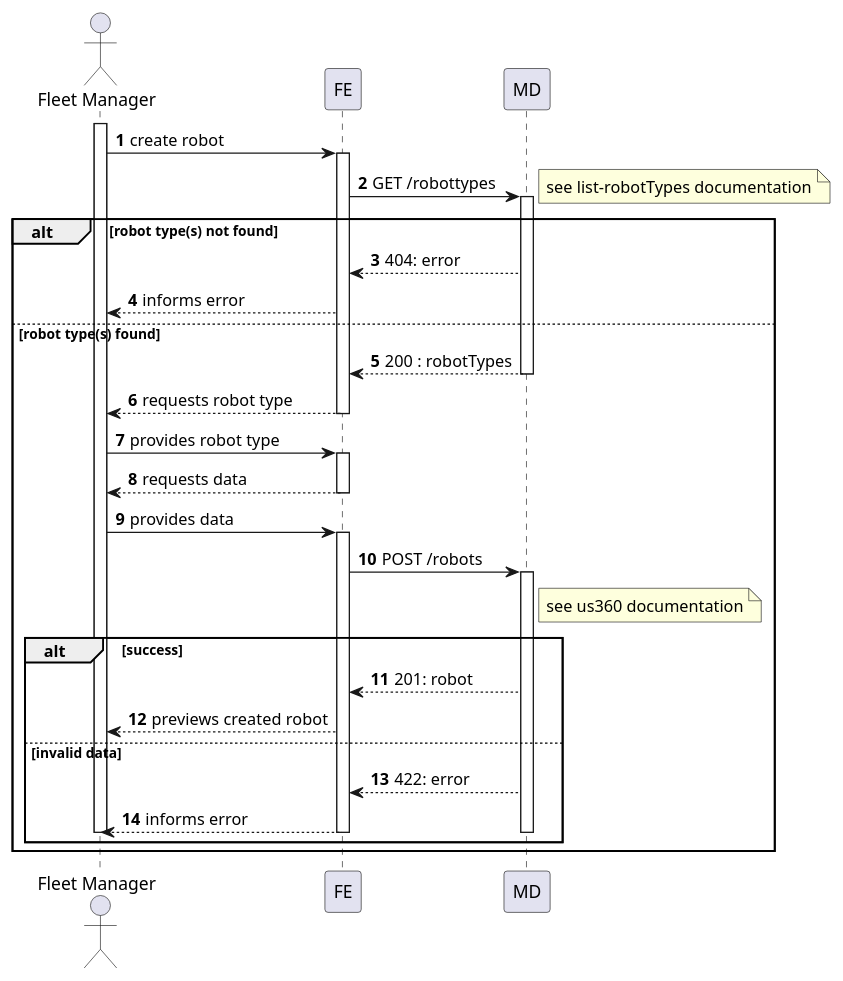
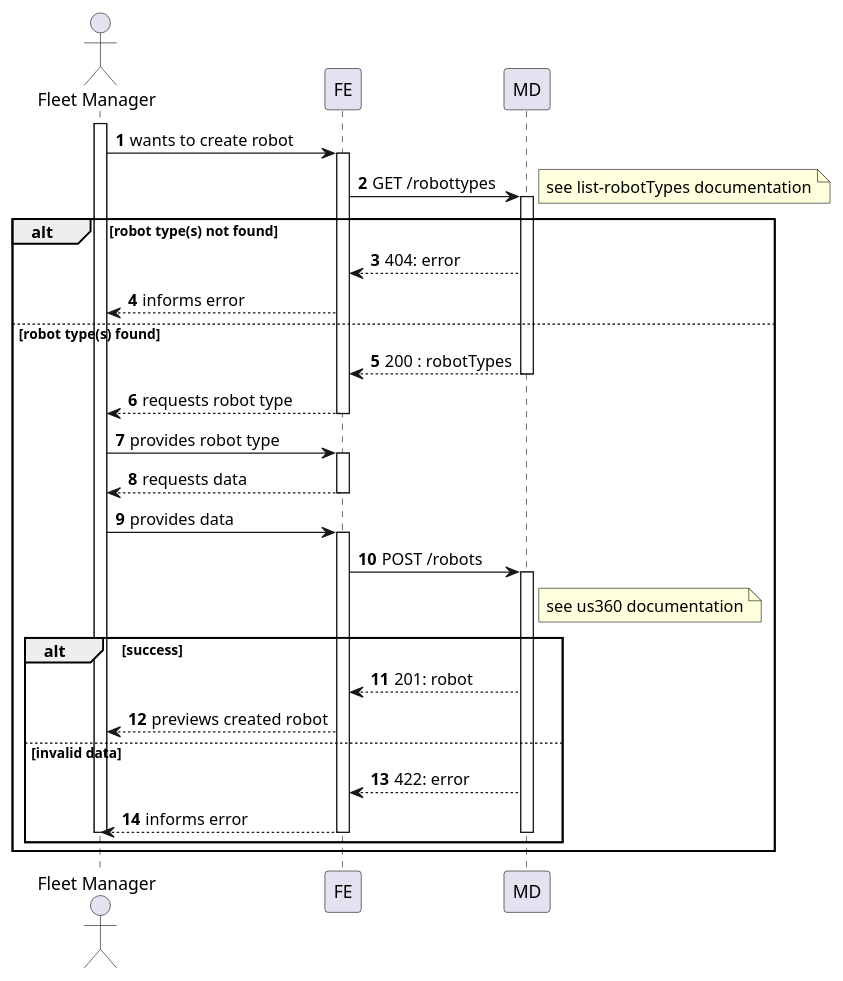
The diagram in docs/us1010/level2/process-view.puml (Departamento-de-Engenharia-Informatica/lapr5-23-24-g19), drawn with PlantUML before and after one commit. The commit also changed 3 other files, not shown here.

```diff
--- a/docs/us1010/level2/process-view.puml
+++ b/docs/us1010/level2/process-view.puml
@@ -1,49 +1,49 @@
 @startuml
 autonumber
 
 actor "Fleet Manager" as usr
 
 participant "FE" as ui
 
 participant "MD" as md
 
 activate usr
-    usr -> ui : create robot
+    usr -> ui : wants to create robot
     activate ui
         ui -> md : GET /robottypes
         activate md
         alt robot type(s) not found
         note right : see list-robotTypes documentation
             md --> ui : 404: error
             ui --> usr : informs error
         else robot type(s) found
             md --> ui : 200 : robotTypes
         deactivate md
         ui --> usr : requests robot type
     deactivate ui
 
     usr -> ui : provides robot type
     activate ui
         ui --> usr : requests data
     deactivate ui
 
     usr -> ui : provides data
     activate ui
         ui -> md : POST /robots
 
         activate md
         note right of md : see us360 documentation
         alt success
             md --> ui : 201: robot
             ui --> usr : previews created robot
         else invalid data
             md --> ui : 422: error
             ui --> usr : informs error
         deactivate md
 
     deactivate ui
 deactivate usr
 end
 end
 
 @enduml
```
